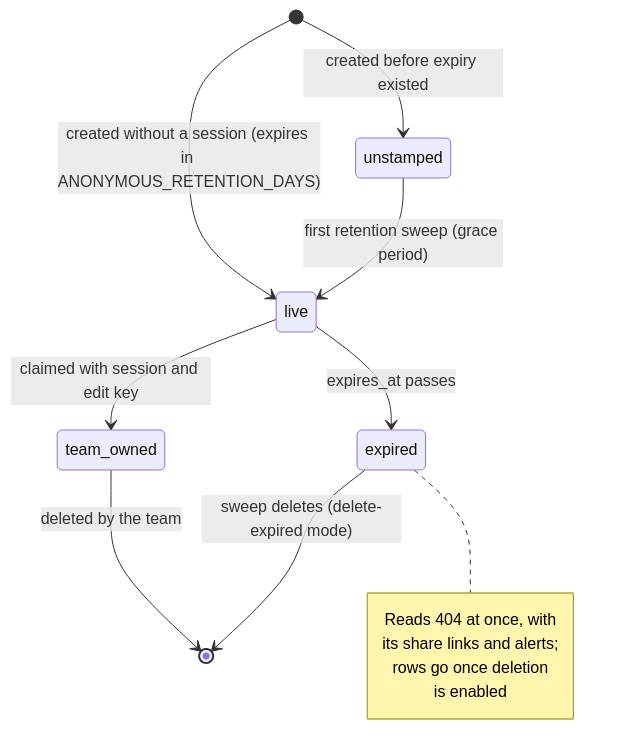
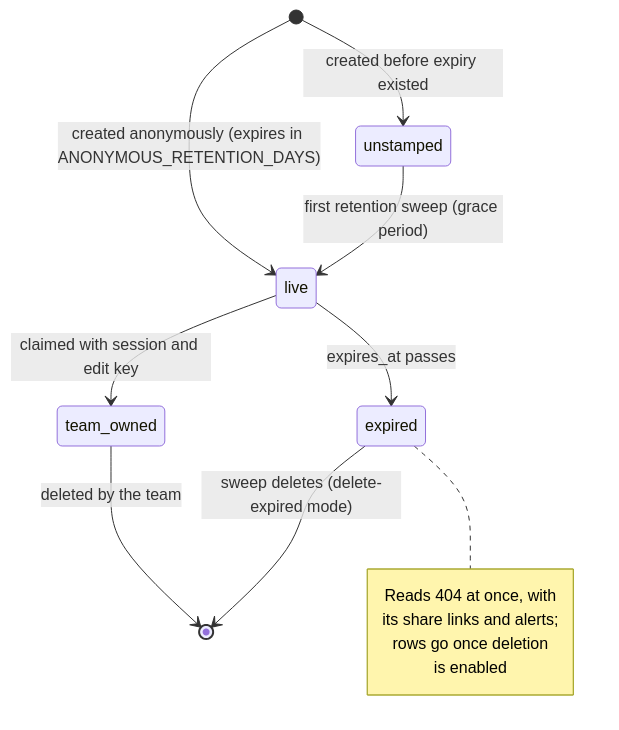
One commit to adeelarshad414/polycost changed diagram 18 of 23 in docs/DIAGRAMS.md. Above: the diagram before and after it, drawn with Mermaid. The commit also changed other lines of this file and 19 other files, not shown here.

````diff
--- a/docs/DIAGRAMS.md
+++ b/docs/DIAGRAMS.md
@@ -471,16 +502,16 @@
 ```mermaid
 stateDiagram-v2
-    [*] --> live: created without a session (expires in ANONYMOUS_RETENTION_DAYS)
+    [*] --> live: created anonymously (expires in ANONYMOUS_RETENTION_DAYS)
     [*] --> unstamped: created before expiry existed
     unstamped --> live: first retention sweep (grace period)
     live --> team_owned: claimed with session and edit key
     live --> expired: expires_at passes
     expired --> [*]: sweep deletes (delete-expired mode)
     team_owned --> [*]: deleted by the team
     note right of expired
         Reads 404 at once, with
         its share links and alerts;
         rows go once deletion
         is enabled
     end note
 ```
````
